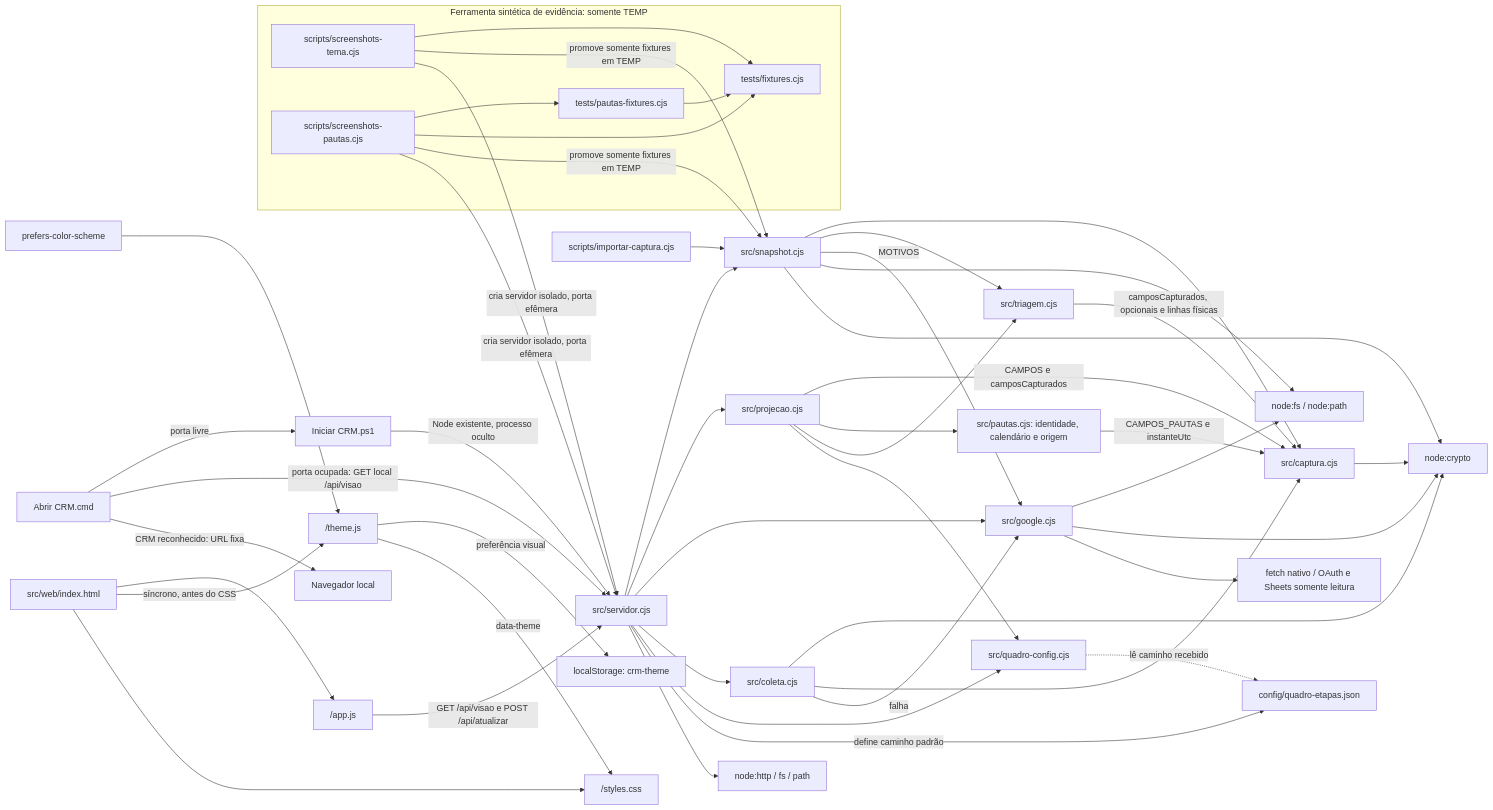
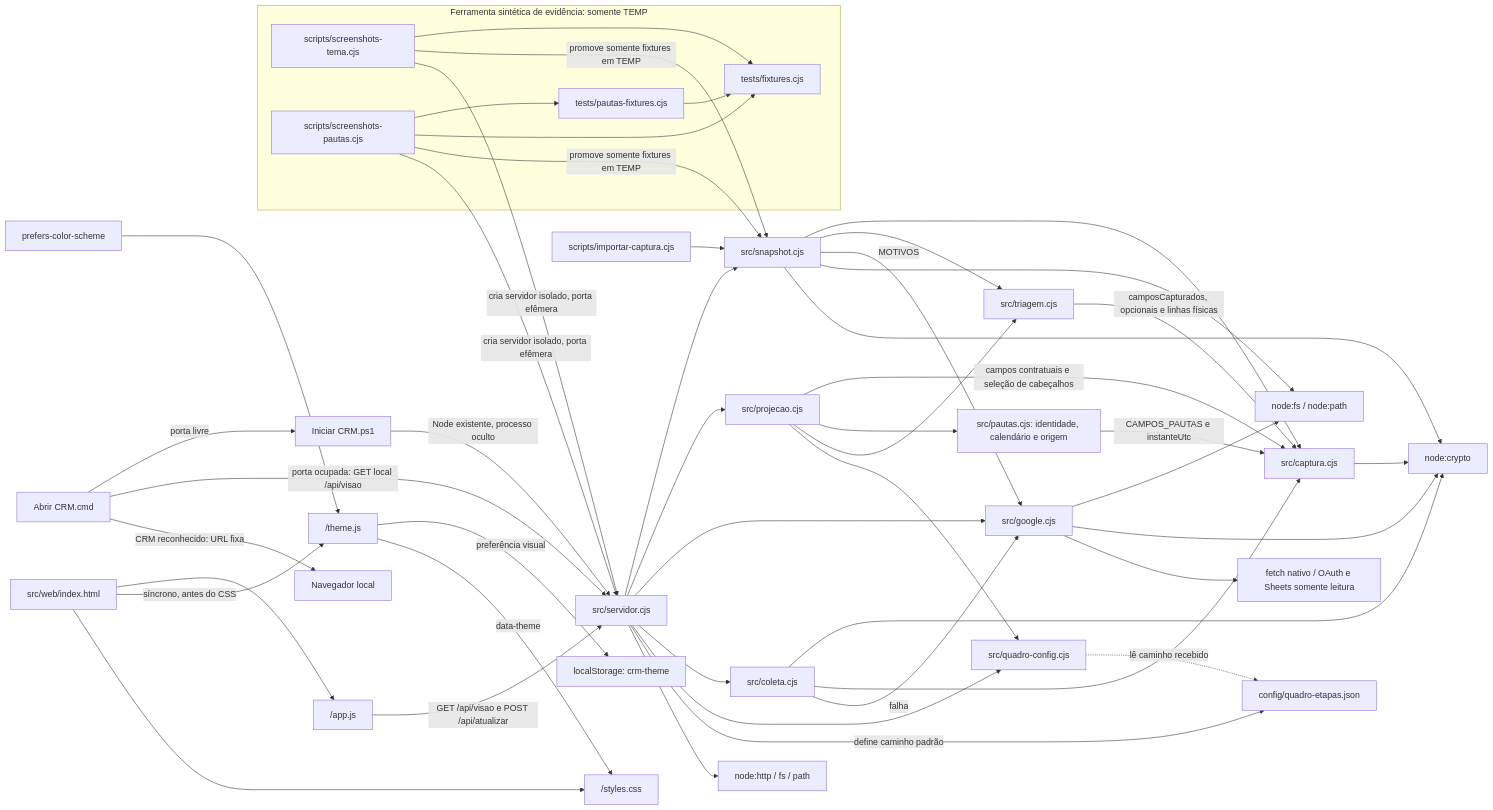
The first of 5 diagrams in docs/architecture.md (Browsher/crm-social), drawn with Mermaid before and after one commit. The commit also changed other lines of this file and 23 other files, not shown here.

````diff
--- a/docs/architecture.md
+++ b/docs/architecture.md
@@ -11,51 +11,51 @@
 ```mermaid
 flowchart LR
   Abrir["Abrir CRM.cmd"] -->|porta livre| Iniciador
   Abrir -->|porta ocupada: GET local /api/visao| Server
   Abrir -->|CRM reconhecido: URL fixa| Navegador[Navegador local]
   Iniciador["Iniciar CRM.ps1"] -->|Node existente, processo oculto| Server
   CLI["scripts/importar-captura.cjs"] --> Snapshot["src/snapshot.cjs"]
   subgraph Evidencia["Ferramenta sintética de evidência: somente TEMP"]
     Screenshots["scripts/screenshots-tema.cjs"] --> Fixtures["tests/fixtures.cjs"]
     ScreenshotsPautas["scripts/screenshots-pautas.cjs"] --> FixturesPautas["tests/pautas-fixtures.cjs"]
     ScreenshotsPautas --> Fixtures
     FixturesPautas --> Fixtures
   end
   Screenshots -->|promove somente fixtures em TEMP| Snapshot
   Screenshots -->|cria servidor isolado, porta efêmera| Server
   ScreenshotsPautas -->|promove somente fixtures em TEMP| Snapshot
   ScreenshotsPautas -->|cria servidor isolado, porta efêmera| Server
   Snapshot --> Captura["src/captura.cjs"]
   Snapshot --> Triagem["src/triagem.cjs"]
   Server["src/servidor.cjs"] --> Snapshot
   Server --> Projecao["src/projecao.cjs"]
   Server --> Google["src/google.cjs"]
   Server --> Coleta["src/coleta.cjs"]
   Snapshot -->|MOTIVOS| Google
   Coleta --> Crypto
   Coleta --> Captura
   Coleta -->|falha| Google
   Google --> FS
   Google --> Crypto
   Google --> Fetch["fetch nativo / OAuth e Sheets somente leitura"]
   Server --> Quadro["src/quadro-config.cjs"]
-  Projecao -->|CAMPOS e camposCapturados| Captura
+  Projecao -->|campos contratuais e seleção de cabeçalhos| Captura
   Projecao --> Pautas["src/pautas.cjs: identidade, calendário e origem"]
   Pautas -->|CAMPOS_PAUTAS e instanteUtc| Captura
   Projecao --> Triagem
   Triagem -->|camposCapturados, opcionais e linhas físicas| Captura
   Projecao --> Quadro
   Server -->|define caminho padrão| Config["config/quadro-etapas.json"]
   Quadro -.->|lê caminho recebido| Config
   HTML["src/web/index.html"] --> JS["/app.js"]
   HTML -->|síncrono, antes do CSS| Theme["/theme.js"]
   Theme -->|preferência visual| Storage["localStorage: crm-theme"]
   System["prefers-color-scheme"] --> Theme
   Theme -->|data-theme| CSS
   HTML --> CSS["/styles.css"]
   JS -->|GET /api/visao e POST /api/atualizar| Server
   Snapshot --> FS["node:fs / node:path"]
   Captura --> Crypto["node:crypto"]
   Snapshot --> Crypto
   Server --> HTTP["node:http / fs / path"]
 ```
````
